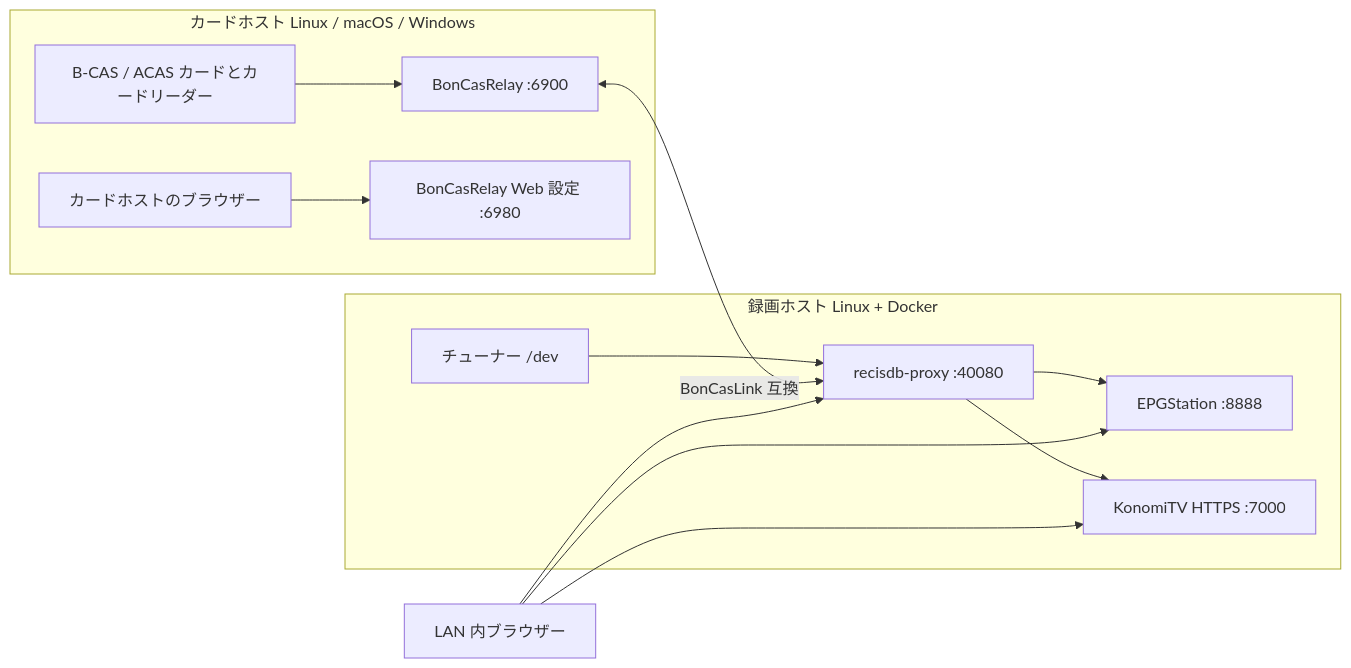
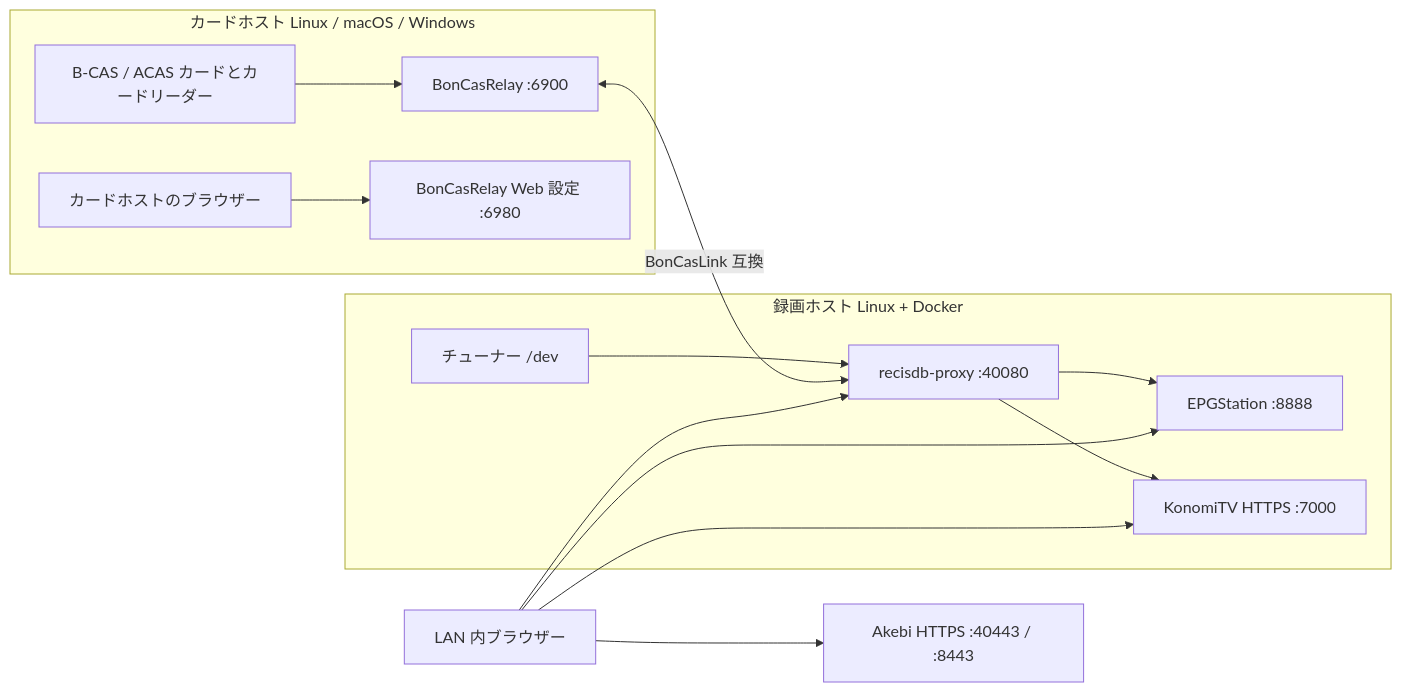
One commit to stuayu/docker-recisdb-epgstation-konomitv changed the diagram in README.md. Above: the diagram before and after it, drawn with Mermaid. The commit also changed other lines of this file and 7 other files, not shown here.

First line of the commit message:
Add an Akebi HTTPS route alongside direct HTTP access

````diff
--- a/README.md
+++ b/README.md
@@ -7,16 +7,17 @@
 ```mermaid
 flowchart LR
   subgraph card[カードホスト Linux / macOS / Windows]
     cas[B-CAS / ACAS カードとカードリーダー] --> relay[BonCasRelay :6900]
     web[カードホストのブラウザー] --> relayui[BonCasRelay Web 設定 :6980]
   end
   subgraph host[録画ホスト Linux + Docker]
     tuner[チューナー /dev] --> proxy[recisdb-proxy :40080]
     relay <-->|BonCasLink 互換| proxy
     proxy --> epg[EPGStation :8888]
     proxy --> tv[KonomiTV HTTPS :7000]
   end
   browser[LAN 内ブラウザー] --> proxy
   browser --> epg
   browser --> tv
+  browser --> gateway[Akebi HTTPS :40443 / :8443]
 ```
````
